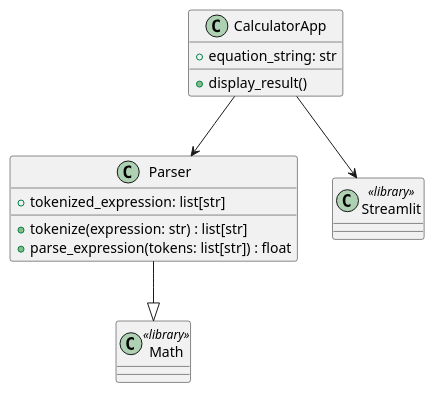
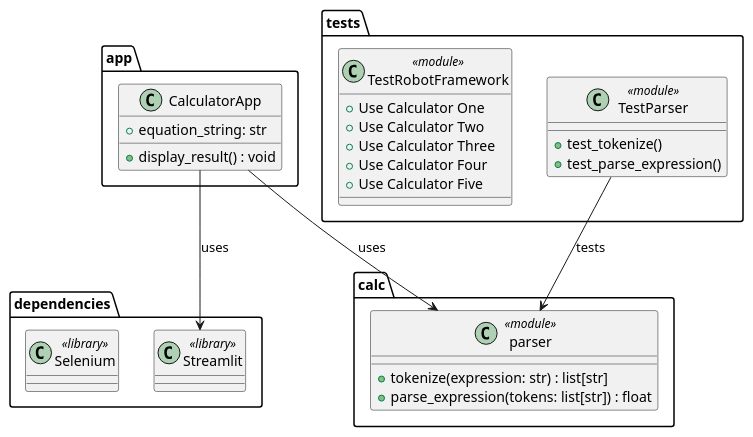
One commit to TomaszBurnejko/calculator_project changed the diagram in calc/klasy.plantuml. Above: the diagram before and after it, drawn with PlantUML. The commit also changed 2 other files, not shown here.

Commit message:
update plantuml

```diff
--- a/calc/klasy.plantuml
+++ b/calc/klasy.plantuml
@@ -1,21 +1,37 @@
 @startuml
 
-class Parser {
-    + tokenized_expression: list[str]
-    + tokenize(expression: str) : list[str]
-    + parse_expression(tokens: list[str]) : float
+package "calc" {
+    class parser <<module>> {
+        + tokenize(expression: str) : list[str]
+        + parse_expression(tokens: list[str]) : float
+    }
+}
+package "app" {
+    class CalculatorApp {
+        + equation_string: str
+        + display_result() : void
+    }
+}
+package "dependencies" {
+    class Streamlit <<library>>
+    class Selenium <<library>>
 }
 
-class CalculatorApp {
-    + equation_string: str
-    + display_result()
+package "tests" {
+    class TestParser <<module>> {
+        + test_tokenize()
+        + test_parse_expression()
+    }
+    class TestRobotFramework <<module>> {
+        + Use Calculator One
+        + Use Calculator Two
+        + Use Calculator Three
+        + Use Calculator Four
+        + Use Calculator Five
+    }
 }
-
-class Streamlit <<library>>
-class Math <<library>>
-
-Parser --|> Math
-CalculatorApp --> Parser
-CalculatorApp --> Streamlit
+CalculatorApp --> parser : uses
+CalculatorApp --> Streamlit : uses
+TestParser --> parser : tests
 
 @enduml
```
